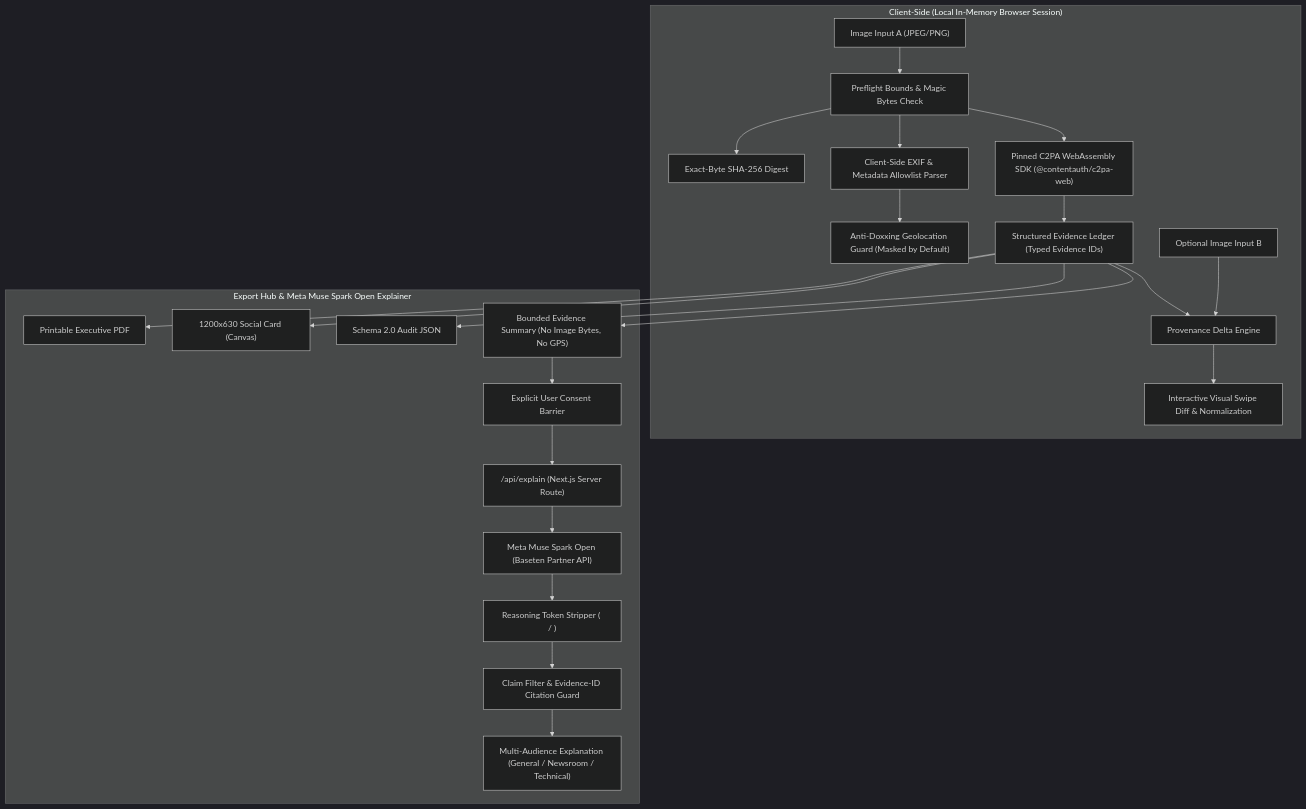
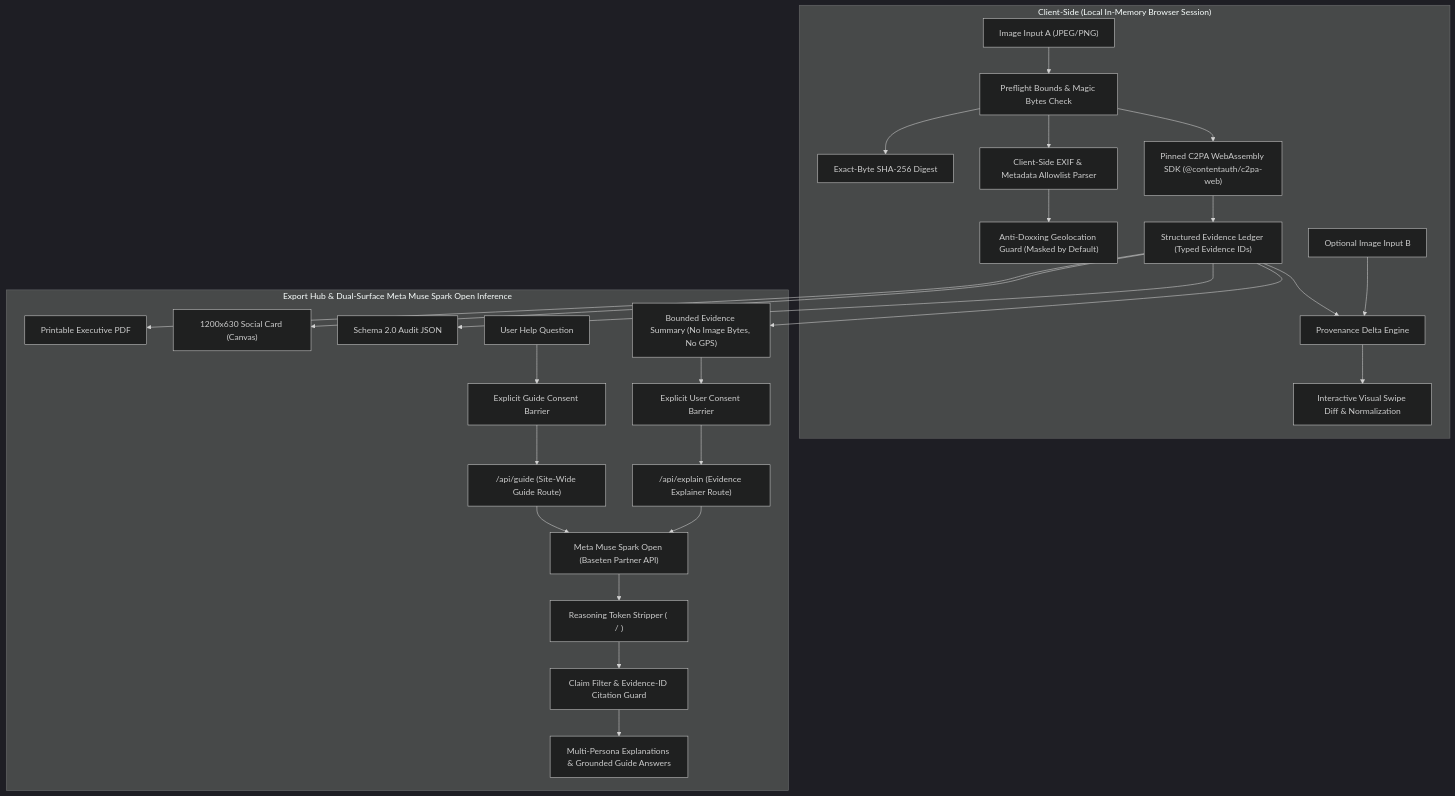
One commit to Nightmare-026/OriginLens changed the diagram in README.md. Above: the diagram before and after it, drawn with Mermaid (dark theme). The commit also changed other lines of this file and 4 other files, not shown here.

First line of the commit message:
docs: update documentation to align with Meta Muse Spark Open implementation

````diff
--- a/README.md
+++ b/README.md
@@ -213,30 +277,36 @@
 ```mermaid
 flowchart TD
   subgraph ClientSide["Client-Side (Local In-Memory Browser Session)"]
     FileA["Image Input A (JPEG/PNG)"] --> Intake["Preflight Bounds & Magic Bytes Check"]
     Intake --> SHA256["Exact-Byte SHA-256 Digest"]
     Intake --> WASM["Pinned C2PA WebAssembly SDK (@contentauth/c2pa-web)"]
     Intake --> EXIF["Client-Side EXIF & Metadata Allowlist Parser"]
     
     EXIF --> GPS["Anti-Doxxing Geolocation Guard (Masked by Default)"]
     WASM --> Ledger["Structured Evidence Ledger (Typed Evidence IDs)"]
     
     FileB["Optional Image Input B"] --> DeltaEngine["Provenance Delta Engine"]
     Ledger --> DeltaEngine
     DeltaEngine --> VisualSlider["Interactive Visual Swipe Diff & Normalization"]
   end
 
-  subgraph ExportAndAI["Export Hub & Meta Muse Spark Open Explainer"]
+  subgraph ExportAndAI["Export Hub & Dual-Surface Meta Muse Spark Open Inference"]
     Ledger --> ExportPDF["Printable Executive PDF"]
     Ledger --> ExportSocial["1200x630 Social Card (Canvas)"]
     Ledger --> ExportJSON["Schema 2.0 Audit JSON"]
     
     Ledger --> SafeSummary["Bounded Evidence Summary (No Image Bytes, No GPS)"]
     SafeSummary --> Consent["Explicit User Consent Barrier"]
-    Consent --> ServerRoute["/api/explain (Next.js Server Route)"]
+    Consent --> ServerRoute["/api/explain (Evidence Explainer Route)"]
+    
+    UserQuestion["User Help Question"] --> GuideConsent["Explicit Guide Consent Barrier"]
+    GuideConsent --> GuideRoute["/api/guide (Site-Wide Guide Route)"]
+    
     ServerRoute --> Muse["Meta Muse Spark Open (Baseten Partner API)"]
+    GuideRoute --> Muse
+    
     Muse --> Strip["Reasoning Token Stripper (<thought> / <think>)"]
     Strip --> Guard["Claim Filter & Evidence-ID Citation Guard"]
-    Guard --> PersonaUI["Multi-Audience Explanation (General / Newsroom / Technical)"]
+    Guard --> PersonaUI["Multi-Persona Explanations & Grounded Guide Answers"]
   end
 ```
````
